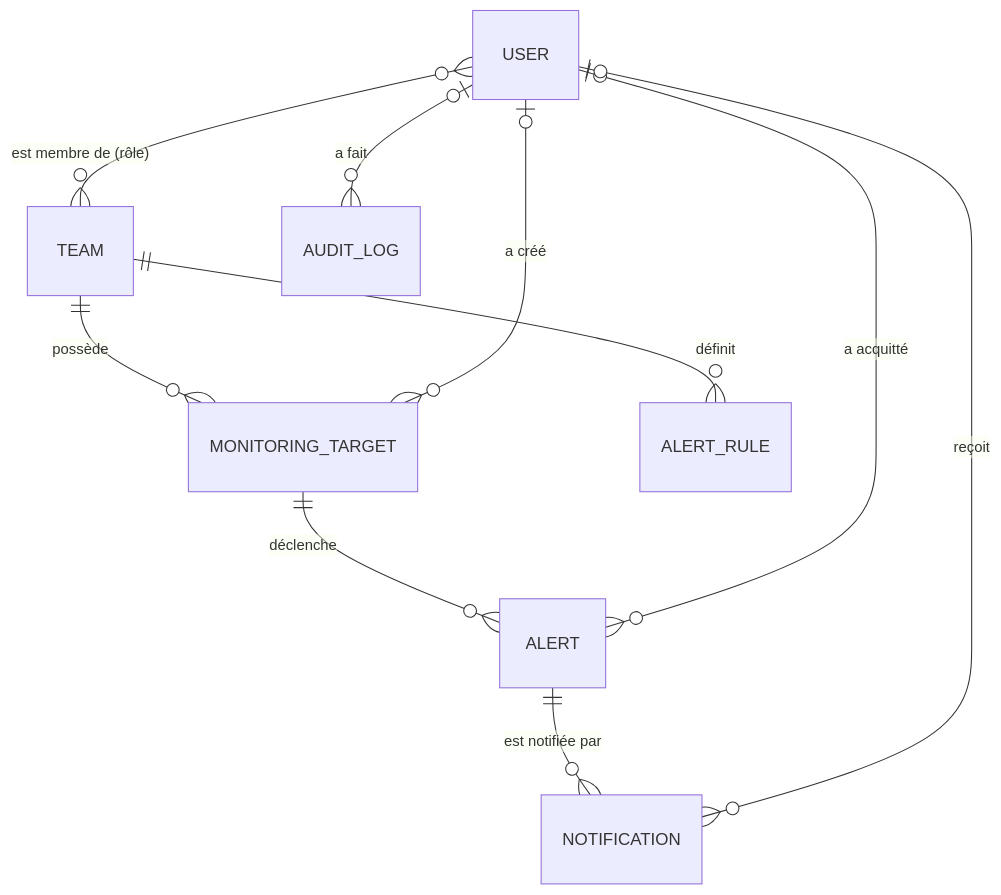
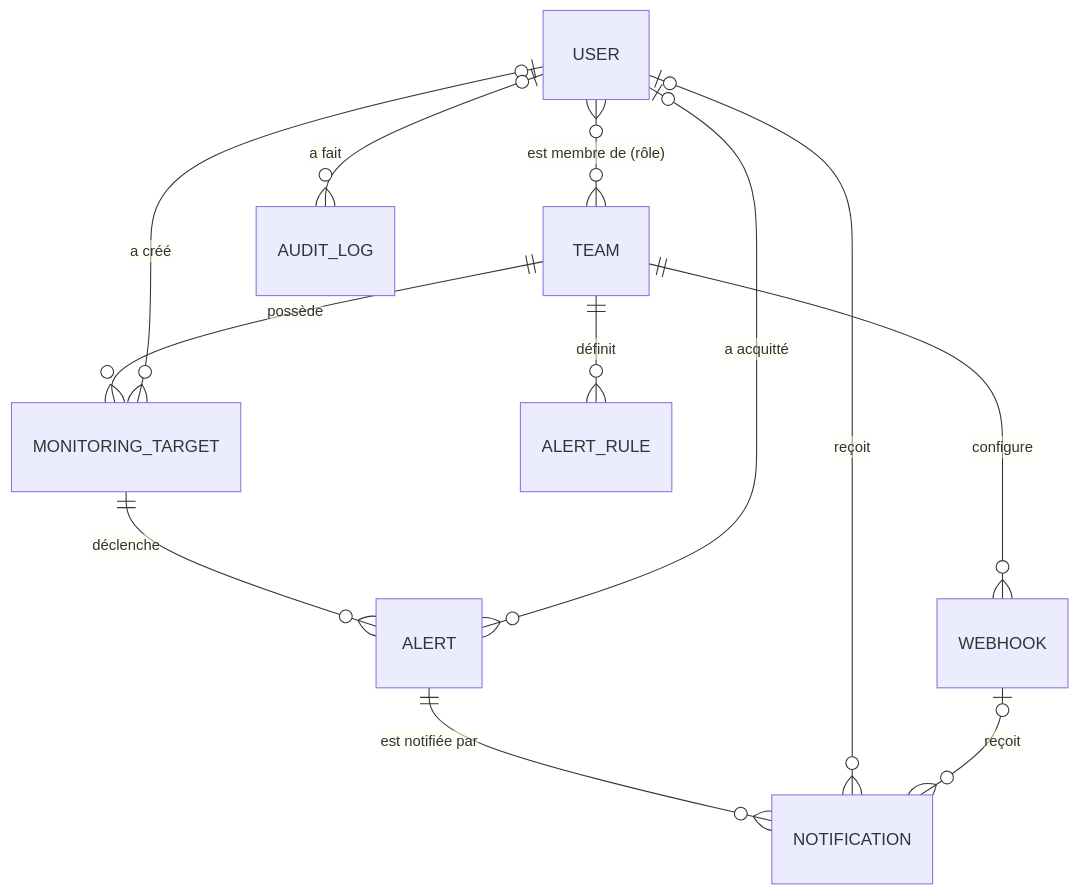
One commit to wissalsaidi/Monitoring-Platform changed the first of 2 diagrams in docs/conception/04-modele-de-donnees.md. Above: the diagram before and after it, drawn with Mermaid. The commit also changed other lines of this file and 18 other files, not shown here.

````diff
--- a/docs/conception/04-modele-de-donnees.md
+++ b/docs/conception/04-modele-de-donnees.md
@@ -9,12 +9,14 @@
 ```mermaid
 erDiagram
     USER }o--o{ TEAM : "est membre de (rôle)"
     TEAM ||--o{ MONITORING_TARGET : "possède"
     USER |o--o{ MONITORING_TARGET : "a créé"
     MONITORING_TARGET ||--o{ ALERT : "déclenche"
     USER |o--o{ ALERT : "a acquitté"
     USER |o--o{ AUDIT_LOG : "a fait"
     TEAM ||--o{ ALERT_RULE : "définit"
     ALERT ||--o{ NOTIFICATION : "est notifiée par"
     USER |o--o{ NOTIFICATION : "reçoit"
+    TEAM ||--o{ WEBHOOK : "configure"
+    WEBHOOK |o--o{ NOTIFICATION : "reçoit"
 ```
````
